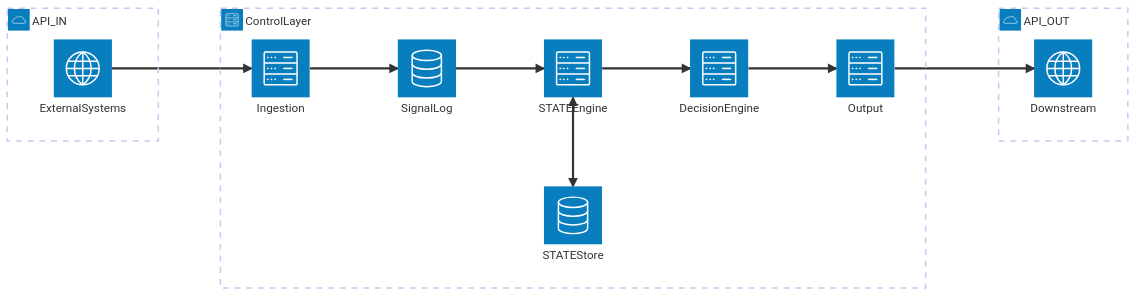
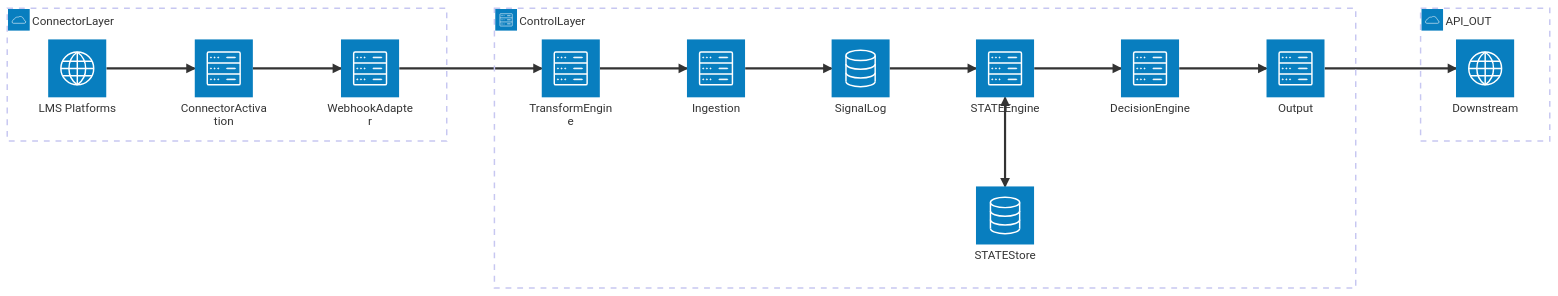
The diagram in docs/foundation/architecture.md (rhyanvargas/8p3p-control-layer), drawn with Mermaid before and after one commit. The commit also changed other lines of this file and 11 other files, not shown here.

First line of the commit message:
feat: introduce integration templates for streamlined connector activation

````diff
--- a/docs/foundation/architecture.md
+++ b/docs/foundation/architecture.md
@@ -7,23 +7,29 @@
 ```mermaid
 architecture-beta
-    group api_in(cloud)[API_IN]
+    group connector_layer(cloud)[ConnectorLayer]
     group control_layer(server)[ControlLayer]
     group api_out(cloud)[API_OUT]
 
-    service ext_systems(internet)[ExternalSystems] in api_in
+    service lms(internet)[LMS Platforms] in connector_layer
+    service templates(server)[ConnectorActivation] in connector_layer
+    service webhook_adapter(server)[WebhookAdapter] in connector_layer
+    service transform(server)[TransformEngine] in control_layer
     service ingestion(server)[Ingestion] in control_layer
     service signal_log(database)[SignalLog] in control_layer
     service state_engine(server)[STATEEngine] in control_layer
     service state_store(database)[STATEStore] in control_layer
     service decision_engine(server)[DecisionEngine] in control_layer
     service output(server)[Output] in control_layer
     service downstream(internet)[Downstream] in api_out
 
-    ext_systems:R --> L:ingestion
+    lms:R --> L:templates
+    templates:R --> L:webhook_adapter
+    webhook_adapter:R --> L:transform
+    transform:R --> L:ingestion
     ingestion:R --> L:signal_log
     signal_log:R --> L:state_engine
     state_engine:B <--> T:state_store
     state_engine:R --> L:decision_engine
     decision_engine:R --> L:output
     output:R --> L:downstream
 ```
````
